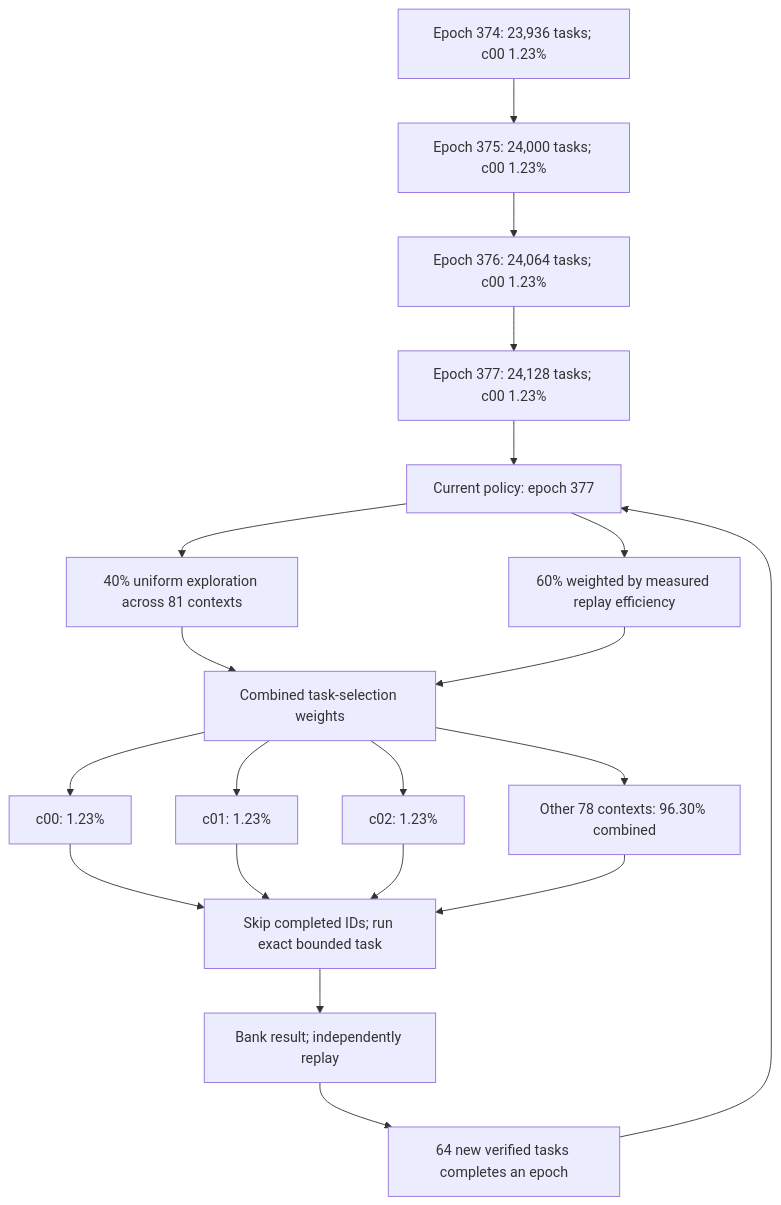
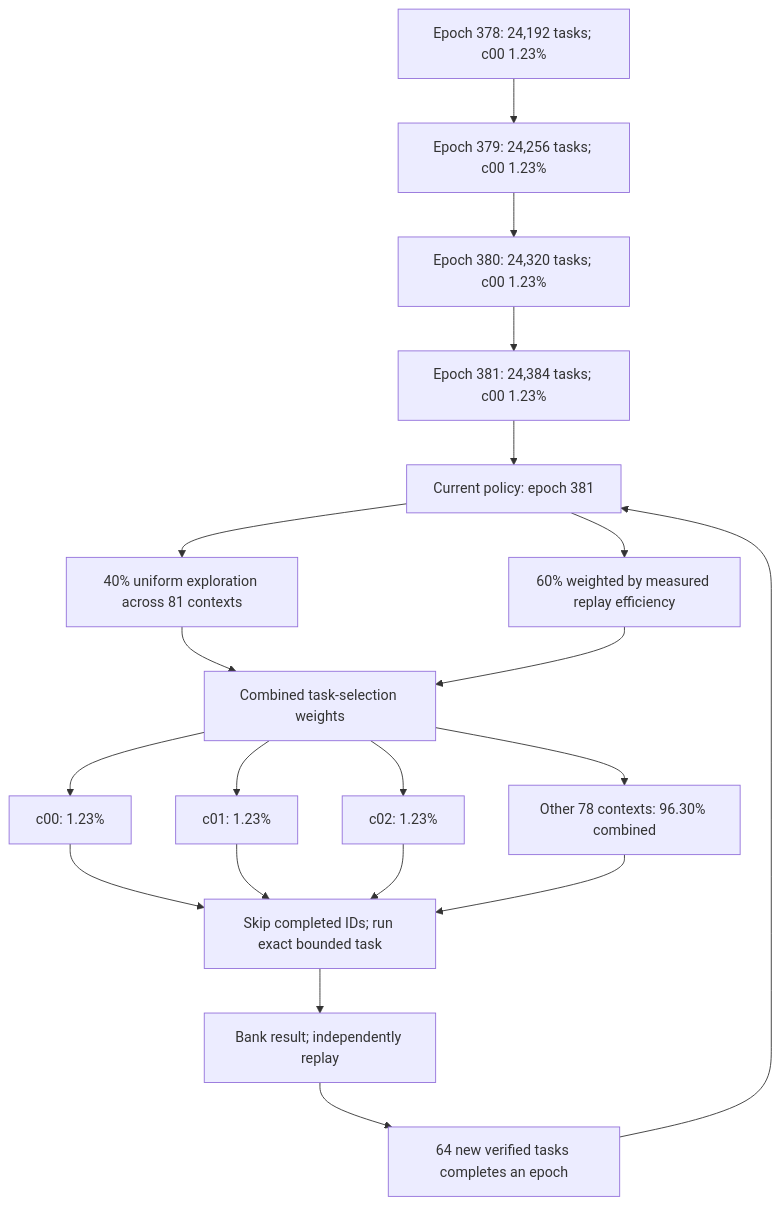
The first of 2 diagrams in README.md (Kuberwastaken/math-gambling), drawn with Mermaid before and after one commit. The commit also changed other lines of this file and 599 other files, not shown here.

````diff
--- a/README.md
+++ b/README.md
@@ -49,27 +49,27 @@
 ```mermaid
 flowchart TD
-    H0["Epoch 374: 23,936 tasks; c00 1.23%"]
-    H1["Epoch 375: 24,000 tasks; c00 1.23%"]
+    H0["Epoch 378: 24,192 tasks; c00 1.23%"]
+    H1["Epoch 379: 24,256 tasks; c00 1.23%"]
     H0 --> H1
-    H2["Epoch 376: 24,064 tasks; c00 1.23%"]
+    H2["Epoch 380: 24,320 tasks; c00 1.23%"]
     H1 --> H2
-    H3["Epoch 377: 24,128 tasks; c00 1.23%"]
+    H3["Epoch 381: 24,384 tasks; c00 1.23%"]
     H2 --> H3
-    Policy["Current policy: epoch 377"]
+    Policy["Current policy: epoch 381"]
     H3 --> Policy
     Policy --> Explore["40% uniform exploration across 81 contexts"]
     Policy --> Cost["60% weighted by measured replay efficiency"]
     Explore --> Mix["Combined task-selection weights"]
     Cost --> Mix
     Mix --> C0["c00: 1.23%"]
     Mix --> C1["c01: 1.23%"]
     Mix --> C2["c02: 1.23%"]
     Mix --> Rest["Other 78 contexts: 96.30% combined"]
     C0 --> Check["Skip completed IDs; run exact bounded task"]
     C1 --> Check
     C2 --> Check
     Rest --> Check
     Check --> Replay["Bank result; independently replay"]
     Replay --> Gate["64 new verified tasks completes an epoch"]
     Gate --> Policy
 ```
````
